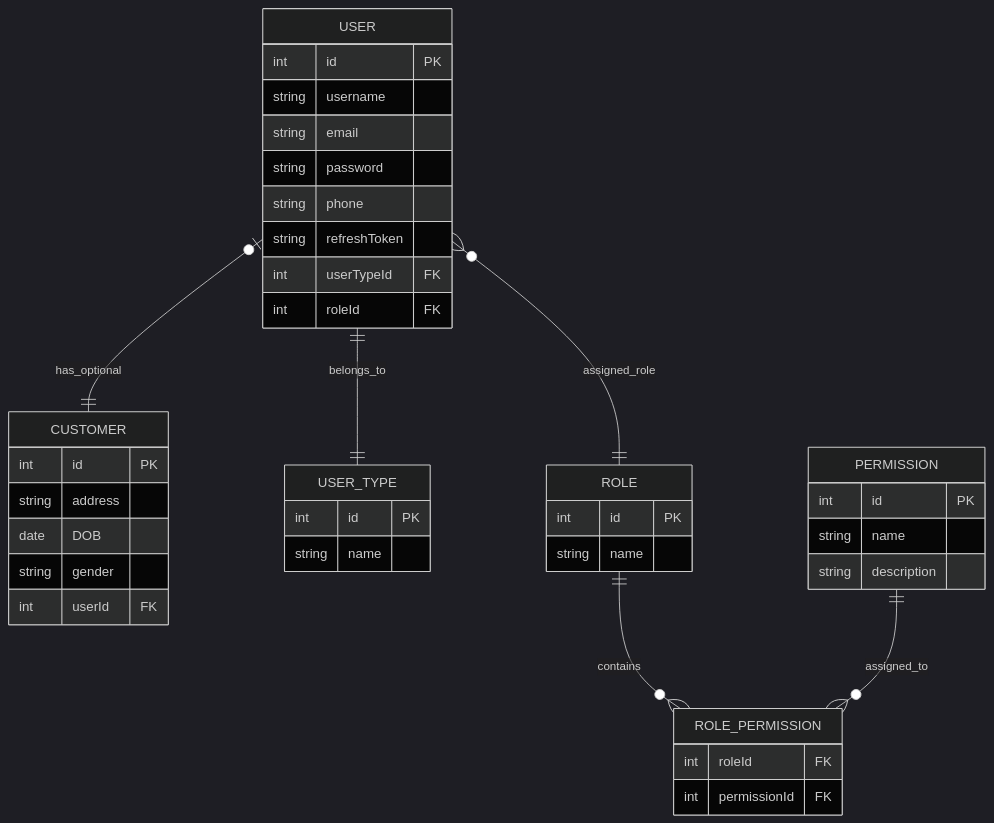
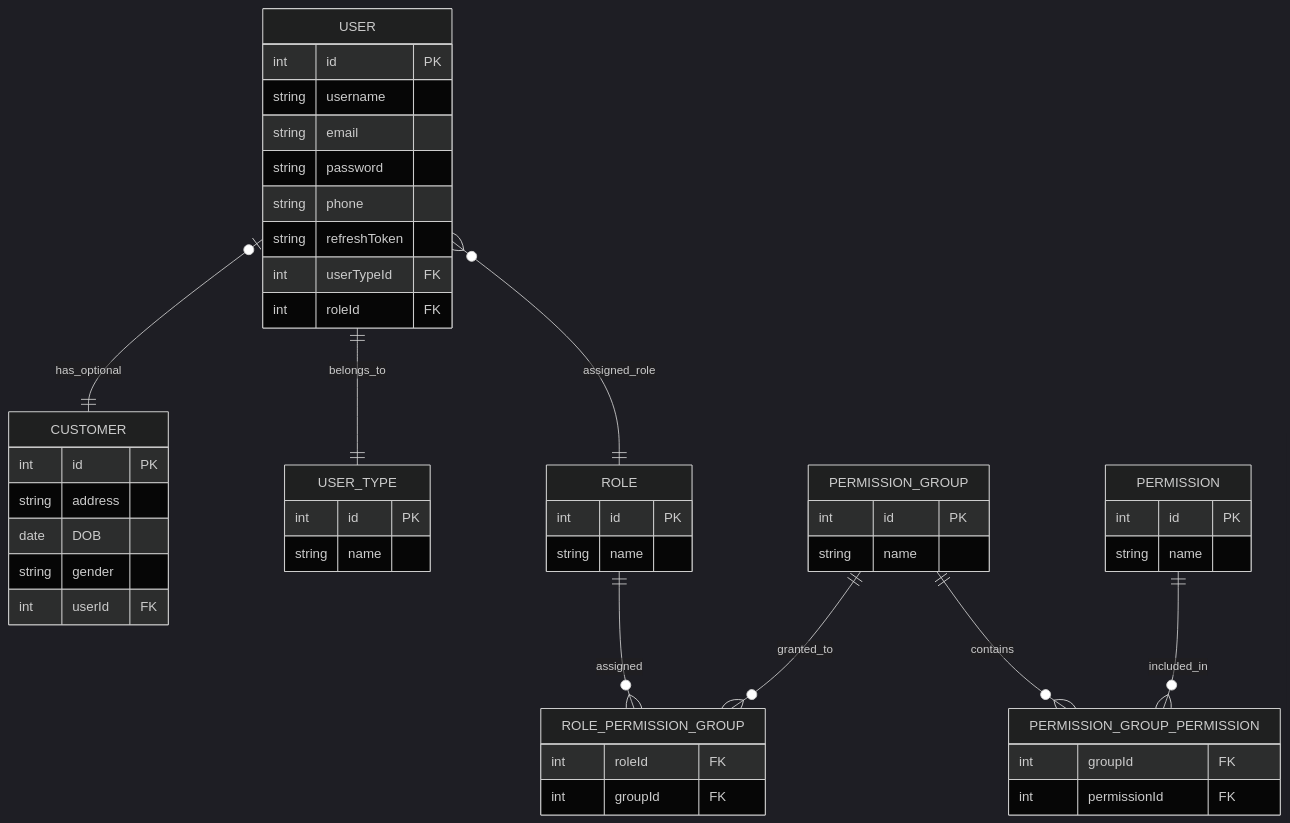
Before and after one commit to Radwa-Kelany/Authentication-and-Authorization-in-E-Commerce-Application: the diagram in README.md, drawn with Mermaid (dark theme).

Commit message:
Refactor permission and role relationships in README

````diff
--- a/README.md
+++ b/README.md
@@ -460,55 +460,68 @@
 ```mermaid
 erDiagram
 
     USER {
         int id PK
         string username
         string email
         string password
         string phone
         string refreshToken
 
         int userTypeId FK
         int roleId FK
     }
 
     CUSTOMER {
         int id PK
         string address
         date DOB
         string gender
 
         int userId FK
     }
 
     USER_TYPE {
         int id PK
         string name
     }
 
     ROLE {
         int id PK
         string name
     }
 
     PERMISSION {
         int id PK
         string name
-        string description
     }
 
-    ROLE_PERMISSION {
+    PERMISSION_GROUP {
+        int id PK
+        string name
+    }
+
+    PERMISSION_GROUP_PERMISSION {
+        int groupId FK
+        int permissionId FK
+    }
+
+    ROLE_PERMISSION_GROUP {
         int roleId FK
-        int permissionId FK
+        int groupId FK
     }
 
     USER o|--|| CUSTOMER : has_optional
 
     USER ||--|| USER_TYPE : belongs_to
 
     USER }o--|| ROLE : assigned_role
 
-    ROLE ||--o{ ROLE_PERMISSION : contains
+    PERMISSION_GROUP ||--o{ PERMISSION_GROUP_PERMISSION : contains
 
-    PERMISSION ||--o{ ROLE_PERMISSION : assigned_to
+    PERMISSION ||--o{ PERMISSION_GROUP_PERMISSION : included_in
+
+    ROLE ||--o{ ROLE_PERMISSION_GROUP : assigned
+
+    PERMISSION_GROUP ||--o{ ROLE_PERMISSION_GROUP : granted_to
 ```
````
